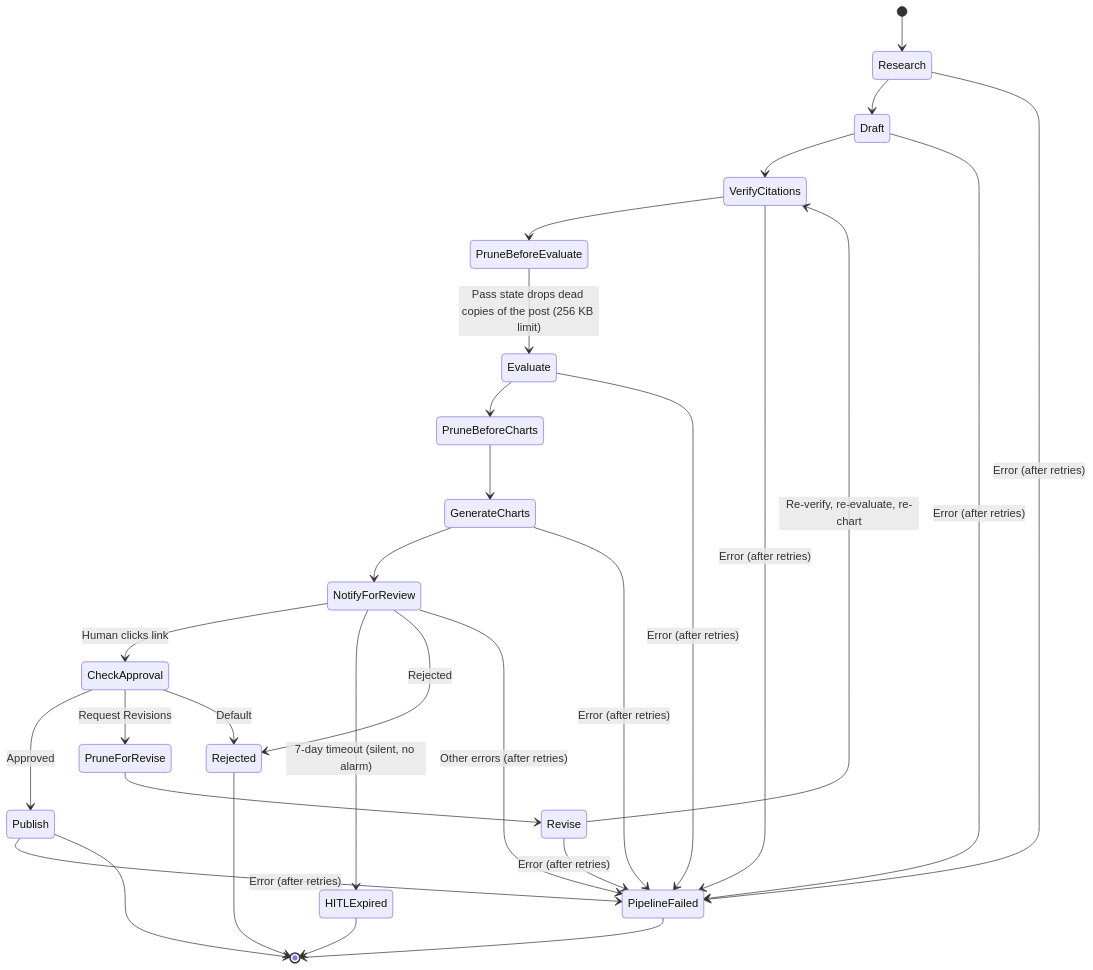
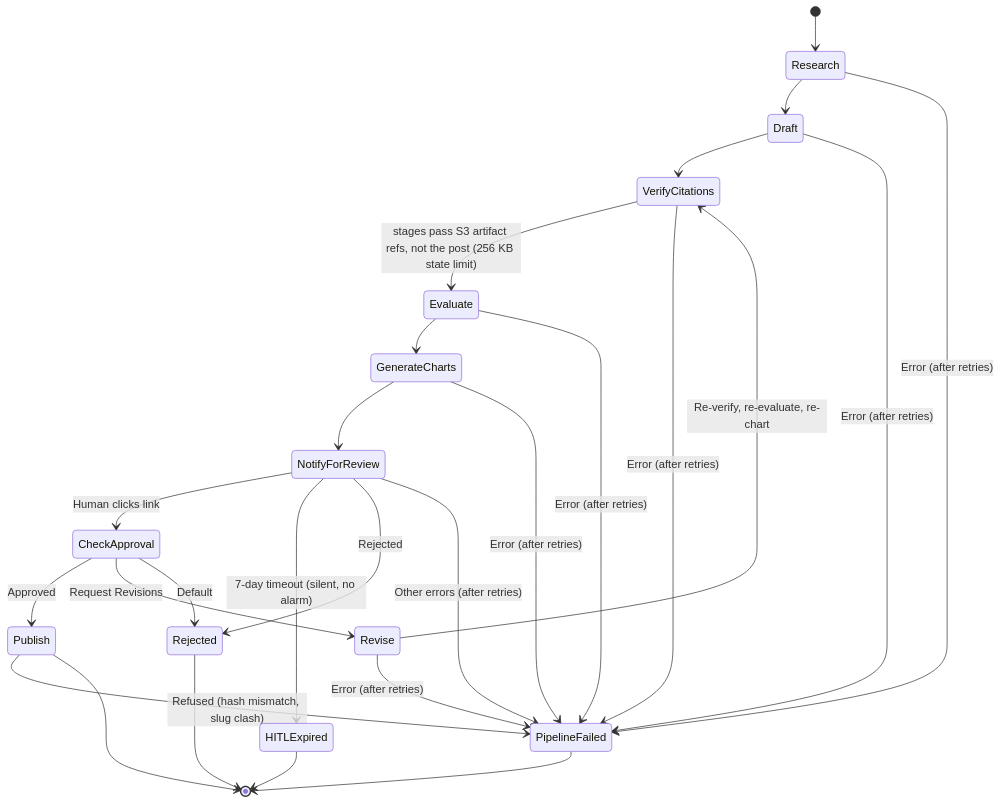
Before and after one commit to kzaky/khaledzaky.com: the fourth of 5 diagrams in README.md, drawn with Mermaid. The commit also changed 22 other files, not shown here.

````diff
--- a/README.md
+++ b/README.md
@@ -265,31 +265,28 @@
 ```mermaid
 stateDiagram-v2
     [*] --> Research
     Research --> Draft
     Draft --> VerifyCitations
-    VerifyCitations --> PruneBeforeEvaluate
-    PruneBeforeEvaluate --> Evaluate: Pass state drops dead copies of the post (256 KB limit)
-    Evaluate --> PruneBeforeCharts
-    PruneBeforeCharts --> GenerateCharts
+    VerifyCitations --> Evaluate: stages pass S3 artifact refs, not the post (256 KB state limit)
+    Evaluate --> GenerateCharts
     GenerateCharts --> NotifyForReview
     NotifyForReview --> CheckApproval: Human clicks link
     NotifyForReview --> HITLExpired: 7-day timeout (silent, no alarm)
     NotifyForReview --> Rejected: Rejected
     CheckApproval --> Publish: Approved
-    CheckApproval --> PruneForRevise: Request Revisions
+    CheckApproval --> Revise: Request Revisions
     CheckApproval --> Rejected: Default
-    PruneForRevise --> Revise
     Revise --> VerifyCitations: Re-verify, re-evaluate, re-chart
     Research --> PipelineFailed: Error (after retries)
     Draft --> PipelineFailed: Error (after retries)
     VerifyCitations --> PipelineFailed: Error (after retries)
     Evaluate --> PipelineFailed: Error (after retries)
     GenerateCharts --> PipelineFailed: Error (after retries)
     Revise --> PipelineFailed: Error (after retries)
     NotifyForReview --> PipelineFailed: Other errors (after retries)
-    Publish --> PipelineFailed: Error (after retries)
+    Publish --> PipelineFailed: Refused (hash mismatch, slug clash)
     Publish --> [*]
     Rejected --> [*]
     HITLExpired --> [*]
     PipelineFailed --> [*]
 ```
````
